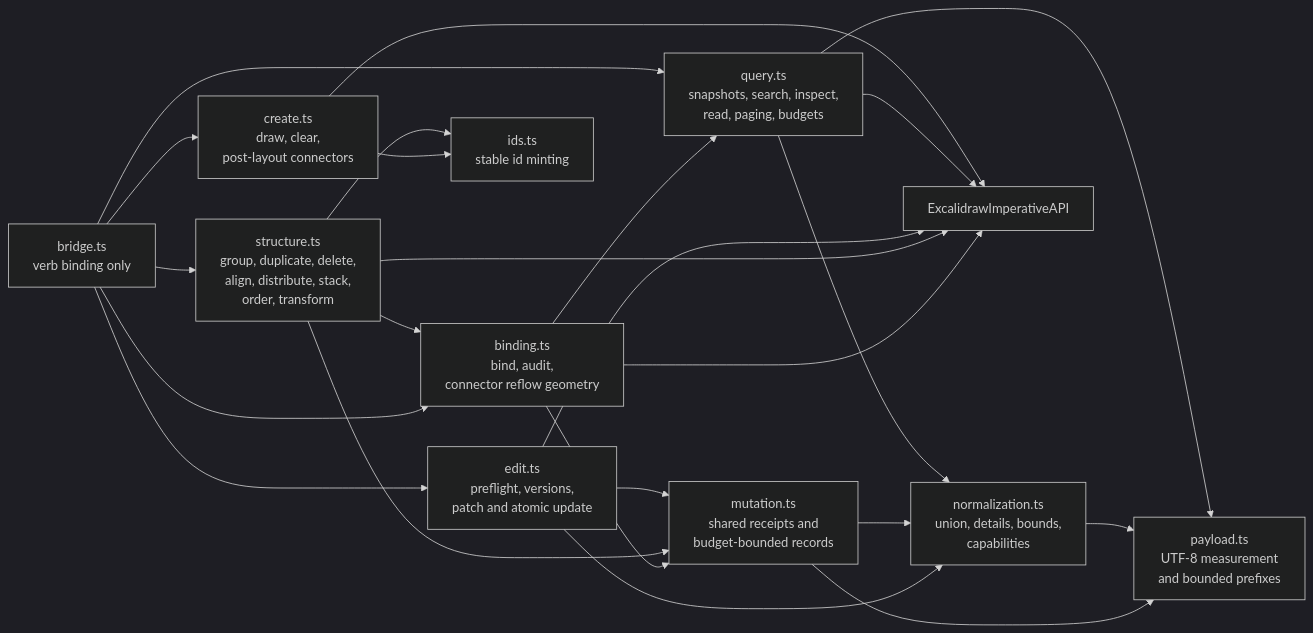
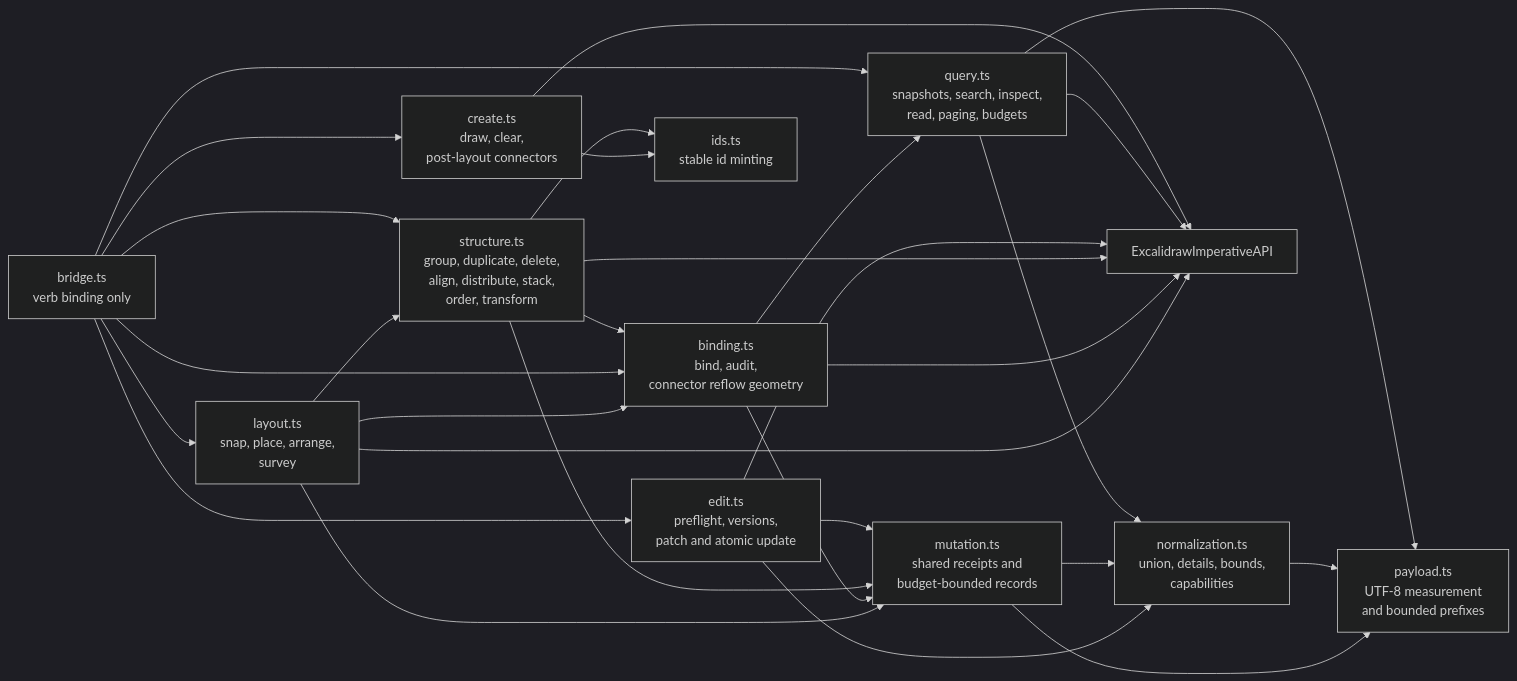
The eighth of 12 diagrams in docs/app-harness.md (NNTin/tinytinkerer), drawn with Mermaid (dark theme) before and after one commit. The commit also changed other lines of this file and 14 other files, not shown here.

First line of the commit message:
feat(canvas): layout helpers slice for #318 (snap, place, arrange, survey)

````diff
--- a/docs/app-harness.md
+++ b/docs/app-harness.md
@@ -430,33 +474,38 @@
 ```mermaid
 flowchart LR
   bridge["bridge.ts<br/>verb binding only"]
   create["create.ts<br/>draw, clear,<br/>post-layout connectors"]
   query["query.ts<br/>snapshots, search, inspect,<br/>read, paging, budgets"]
   normalization["normalization.ts<br/>union, details, bounds,<br/>capabilities"]
   edit["edit.ts<br/>preflight, versions,<br/>patch and atomic update"]
   structure["structure.ts<br/>group, duplicate, delete,<br/>align, distribute, stack,<br/>order, transform"]
   binding["binding.ts<br/>bind, audit,<br/>connector reflow geometry"]
+  layout["layout.ts<br/>snap, place, arrange,<br/>survey"]
   mutation["mutation.ts<br/>shared receipts and<br/>budget-bounded records"]
   ids["ids.ts<br/>stable id minting"]
   payload["payload.ts<br/>UTF-8 measurement<br/>and bounded prefixes"]
   api["ExcalidrawImperativeAPI"]
 
   bridge --> create --> api
   bridge --> query --> api
   query --> normalization
   query --> payload
   bridge --> edit --> api
   edit --> mutation
   bridge --> structure --> api
   structure --> mutation
   structure --> ids
   structure --> binding
   bridge --> binding --> api
   binding --> mutation
   binding --> query
+  bridge --> layout --> api
+  layout --> structure
+  layout --> binding
+  layout --> mutation
   create --> ids
   mutation --> normalization
   edit --> normalization
   normalization --> payload
   mutation --> payload
 ```
````
